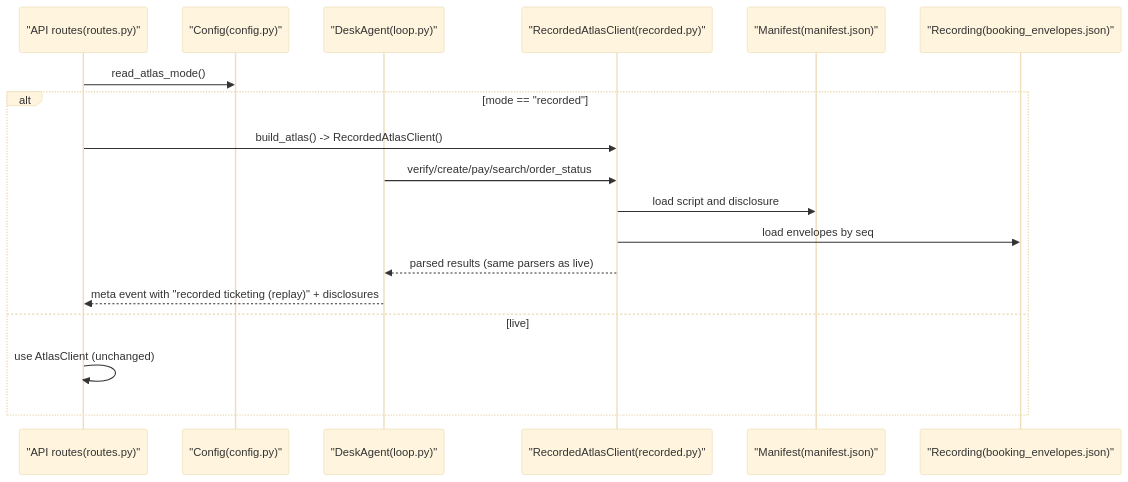
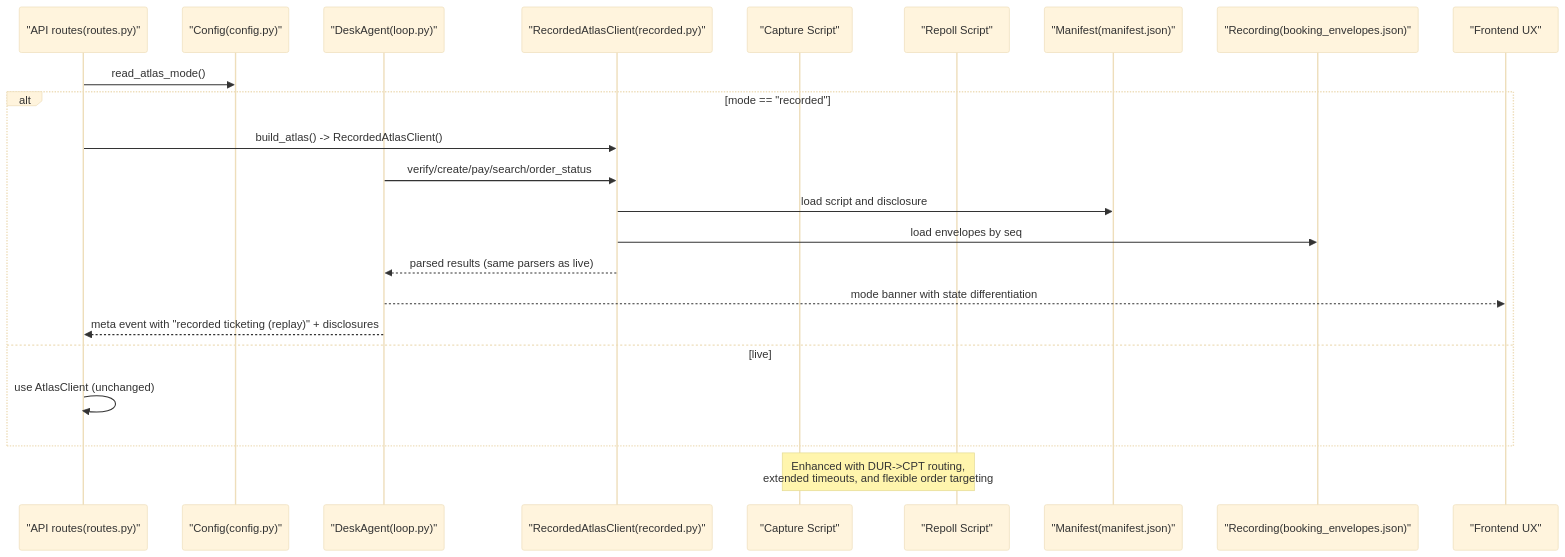
One commit to jaydonnnk/waypoint changed the second of 7 diagrams in .qoder/repowiki/en/content/Atlas Integration/Recorded Mode Engine.md. Above: the diagram before and after it, drawn with Mermaid (base theme). The commit also changed other lines of this file and 14 other files, not shown here.

````diff
--- a/.qoder/repowiki/en/content/Atlas Integration/Recorded Mode Engine.md
+++ b/.qoder/repowiki/en/content/Atlas Integration/Recorded Mode Engine.md
@@ -113,20 +143,25 @@
 ```mermaid
 sequenceDiagram
 participant API as "API routes(routes.py)"
 participant CFG as "Config(config.py)"
 participant AG as "DeskAgent(loop.py)"
 participant RC as "RecordedAtlasClient(recorded.py)"
+participant CAP as "Capture Script"
+participant REPOLL as "Repoll Script"
 participant M as "Manifest(manifest.json)"
 participant R as "Recording(booking_envelopes.json)"
+participant FE as "Frontend UX"
 API->>CFG : read_atlas_mode()
 alt mode == "recorded"
 API->>RC : build_atlas() -> RecordedAtlasClient()
 AG->>RC : verify/create/pay/search/order_status
 RC->>M : load script and disclosure
 RC->>R : load envelopes by seq
 RC-->>AG : parsed results (same parsers as live)
+AG-->>FE : mode banner with state differentiation
 AG-->>API : meta event with "recorded ticketing (replay)" + disclosures
 else live
 API->>API : use AtlasClient (unchanged)
 end
+Note over CAP,REPOLL : Enhanced with DUR->CPT routing,<br/>extended timeouts, and flexible order targeting
 ```
````
